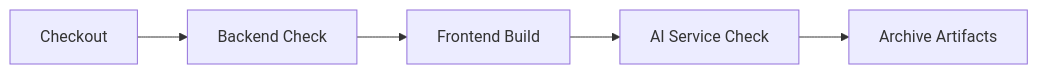
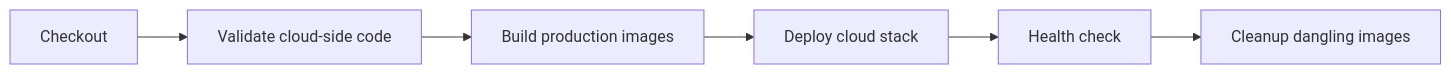
The diagram in docs/10-deployment-cicd.md (YuzhSong/FactoryVision), drawn with Mermaid before and after one commit. The commit also changed other lines of this file and 86 other files, not shown here.

````diff
--- a/docs/10-deployment-cicd.md
+++ b/docs/10-deployment-cicd.md
@@ -111,7 +60,8 @@
 ```mermaid
 flowchart LR
-    Checkout["Checkout"] --> Backend["Backend Check"]
-    Backend --> Frontend["Frontend Build"]
-    Frontend --> AI["AI Service Check"]
-    AI --> Archive["Archive Artifacts"]
+    Checkout["Checkout"] --> Validate["Validate cloud-side code"]
+    Validate --> Build["Build production images"]
+    Build --> Deploy["Deploy cloud stack"]
+    Deploy --> Health["Health check"]
+    Health --> Cleanup["Cleanup dangling images"]
 ```
````
